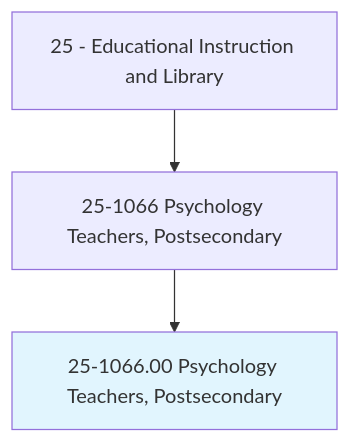
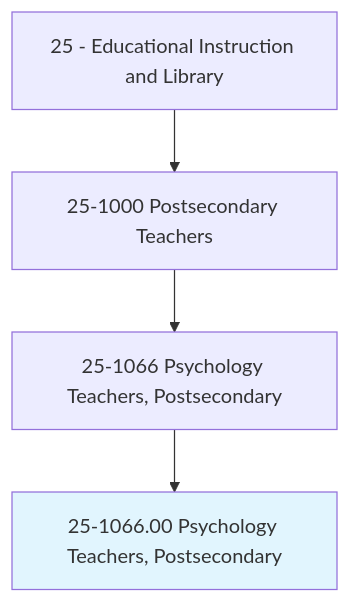
The first of 4 diagrams in occupations/Education/PsychologyTeachersPostsecondary.mdx (kziemski/business.org.ai), drawn with Mermaid before and after one commit. The commit also changed other lines of this file and 938 other files, not shown here.

````diff
--- a/occupations/Education/PsychologyTeachersPostsecondary.mdx
+++ b/occupations/Education/PsychologyTeachersPostsecondary.mdx
@@ -19,6 +23,7 @@
 ```mermaid
 graph TD
-    Cat25["25 - Educational Instruction and Library"] --> Group251066["25-1066 Psychology Teachers, Postsecondary"]
+    Cat25["25 - Educational Instruction and Library"] --> Group251["25-1000 Postsecondary Teachers"]
+    Group251 --> Group251066["25-1066 Psychology Teachers, Postsecondary"]
     Group251066 --> Current["25-1066.00 Psychology Teachers, Postsecondary"]
     style Current fill:#e1f5fe
 ```
````
